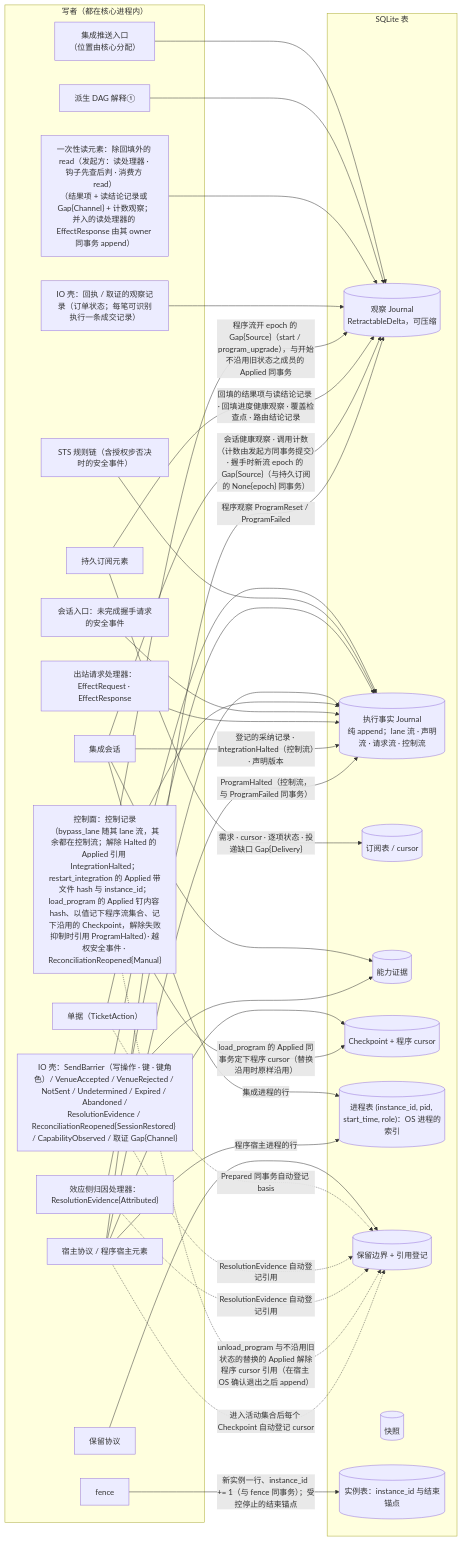
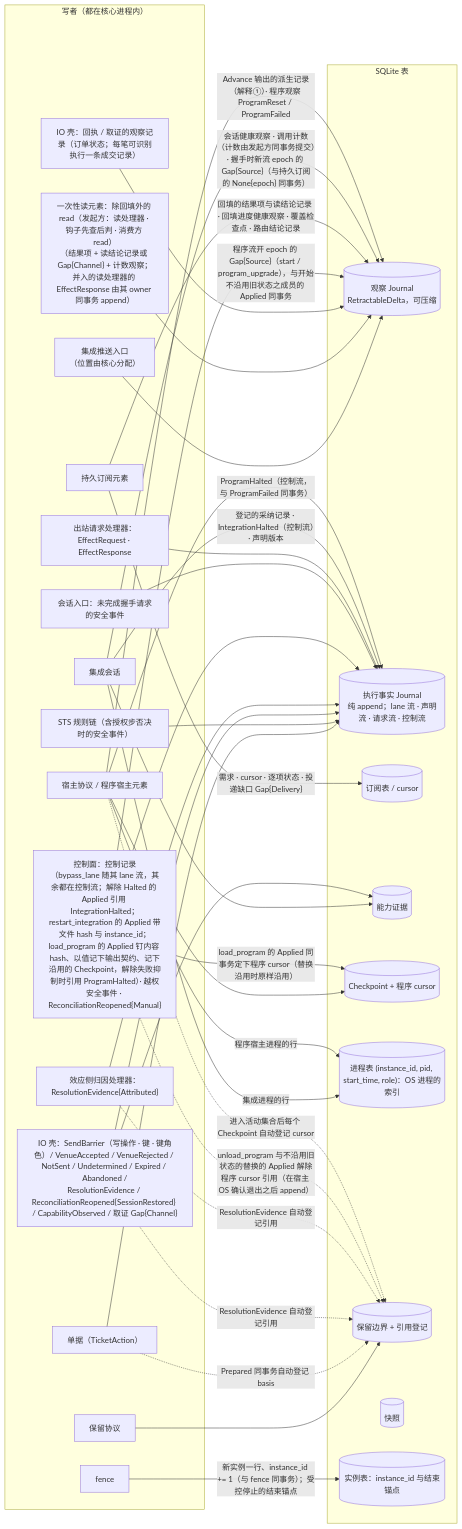
The fourth of 6 diagrams in design/diagrams/01-process-topology.md (mouriya-s-lab/uta), drawn with Mermaid before and after one commit. The commit also changed other lines of this file and 14 other files, not shown here.

````diff
--- a/design/diagrams/01-process-topology.md
+++ b/design/diagrams/01-process-topology.md
@@ -169,63 +169,61 @@
 ```mermaid
 flowchart LR
   subgraph W["写者（都在核心进程内）"]
     PUSH["集成推送入口<br/>（位置由核心分配）"]
-    DAG["派生 DAG 解释①"]
     RD["一次性读元素：除回填外的 read（发起方：读处理器 · 钩子先查后判 · 消费方 read）<br/>（结果项 + 读结论记录或 Gap{Channel} + 计数观察；并入的读处理器的 EffectResponse 由其 owner 同事务 append）"]
     IOR["IO 壳：回执 / 取证的观察记录（订单状态；每笔可识别执行一条成交记录）"]
     TK["单据（TicketAction）"]
     STS["STS 规则链（含授权步否决时的安全事件）"]
     IOE["IO 壳：SendBarrier（写操作 · 键 · 键角色）/ VenueAccepted / VenueRejected / NotSent / Undetermined / Expired / Abandoned /<br/>ResolutionEvidence / ReconciliationReopened{SessionRestored} / CapabilityObserved / 取证 Gap{Channel}"]
     ATTR["效应侧归因处理器：ResolutionEvidence{Attributed}"]
-    CTL["控制面：控制记录（bypass_lane 随其 lane 流，其余都在控制流；解除 Halted 的 Applied 引用 IntegrationHalted；restart_integration 的 Applied 带文件 hash 与 instance_id；load_program 的 Applied 钉内容 hash、以值记下程序流集合、记下沿用的 Checkpoint，解除失败抑制时引用 ProgramHalted）· 越权安全事件 · ReconciliationReopened{Manual}"]
+    CTL["控制面：控制记录（bypass_lane 随其 lane 流，其余都在控制流；解除 Halted 的 Applied 引用 IntegrationHalted；restart_integration 的 Applied 带文件 hash 与 instance_id；load_program 的 Applied 钉内容 hash、以值记下输出契约、记下沿用的 Checkpoint，解除失败抑制时引用 ProgramHalted）· 越权安全事件 · ReconciliationReopened{Manual}"]
     SESS["会话入口：未完成握手请求的安全事件"]
     OUT["出站请求处理器：EffectRequest · EffectResponse"]
     SUBEL["持久订阅元素"]
     ISESS["集成会话"]
     HOSTP["宿主协议 / 程序宿主元素"]
     FENCE["fence"]
     RET["保留协议"]
   end
   subgraph T["SQLite 表"]
     OJ[("观察 Journal<br/>RetractableDelta，可压缩")]
     EJ[("执行事实 Journal<br/>纯 append；lane 流 · 声明流 · 请求流 · 控制流")]
     SUB[("订阅表 / cursor")]
     CAP[("能力证据")]
     CK[("Checkpoint + 程序 cursor")]
     PT[("进程表 (instance_id, pid, start_time, role)：OS 进程的索引")]
     RB[("保留边界 + 引用登记")]
     SN[("快照")]
     IID[("实例表：instance_id 与结束锚点")]
   end
   PUSH --> OJ
-  DAG --> OJ
   RD --> OJ
   IOR --> OJ
   TK --> EJ
   STS --> EJ
   IOE --> EJ
   ATTR --> EJ
   CTL --> EJ
   CTL -->|"程序流开 epoch 的 Gap{Source}（start / program_upgrade），与开始不沿用旧状态之成员的 Applied 同事务"| OJ
   SESS --> EJ
   OUT --> EJ
   SUBEL -->|"需求 · cursor · 逐项状态 · 投递缺口 Gap{Delivery}"| SUB
   SUBEL -->|"回填的结果项与读结论记录 · 回填进度健康观察 · 覆盖检查点 · 路由结论记录"| OJ
   ISESS --> CAP
   ISESS -->|"登记的采纳记录 · IntegrationHalted（控制流）· 声明版本"| EJ
   ISESS -->|"集成进程的行"| PT
   ISESS -->|"会话健康观察 · 调用计数（计数由发起方同事务提交）· 握手时新流 epoch 的 Gap{Source}（与持久订阅的 None{epoch} 同事务）"| OJ
   HOSTP -->|"程序宿主进程的行"| PT
   IOE --> CAP
   HOSTP --> CK
-  HOSTP -->|"程序观察 ProgramReset / ProgramFailed"| OJ
+  HOSTP -->|"Advance 输出的派生记录（解释①）· 程序观察 ProgramReset / ProgramFailed"| OJ
   HOSTP -->|"ProgramHalted（控制流，与 ProgramFailed 同事务）"| EJ
   FENCE -->|"新实例一行、instance_id += 1（与 fence 同事务）；受控停止的结束锚点"| IID
   RET --> RB
   TK -.->|"Prepared 同事务自动登记 basis"| RB
   IOE -.->|"ResolutionEvidence 自动登记引用"| RB
   ATTR -.->|"ResolutionEvidence 自动登记引用"| RB
   CTL -.->|"unload_program 与不沿用旧状态的替换的 Applied 解除程序 cursor 引用（在宿主 OS 确认退出之后 append）"| RB
   CTL -->|"load_program 的 Applied 同事务定下程序 cursor（替换沿用时原样沿用）"| CK
   HOSTP -.->|"进入活动集合后每个 Checkpoint 自动登记 cursor"| RB
 ```
````
